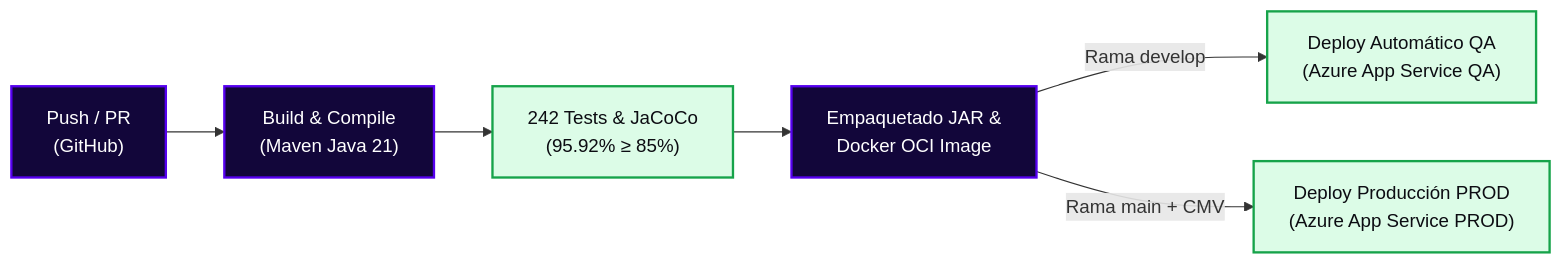
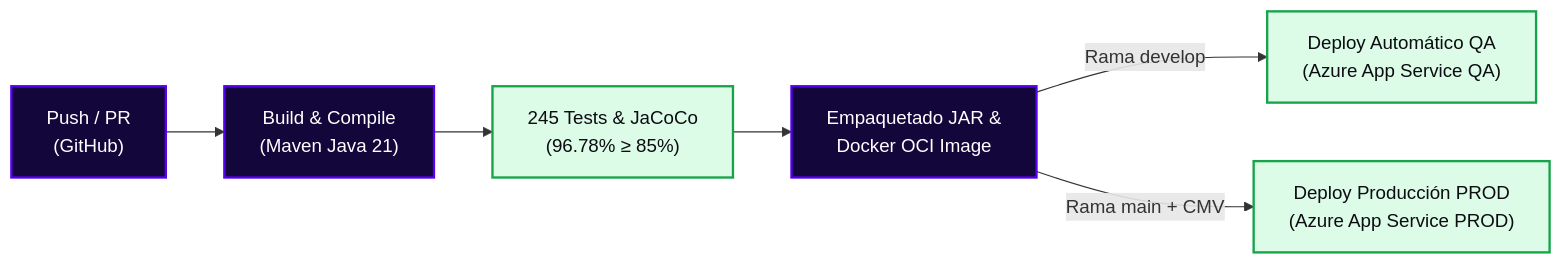
The diagram in README.md (StyleRadar1/PT8080-Donations-Service), drawn with Mermaid before and after one commit. The commit also changed other lines of this file and 1 other file, not shown here.

````diff
--- a/README.md
+++ b/README.md
@@ -518,14 +518,14 @@
 ```mermaid
 flowchart LR
     A["Push / PR<br>(GitHub)"] --> B["Build & Compile<br>(Maven Java 21)"]
-    B --> C["242 Tests & JaCoCo<br>(95.92% ≥ 85%)"]
+    B --> C["245 Tests & JaCoCo<br>(96.78% ≥ 85%)"]
     C --> D["Empaquetado JAR &<br>Docker OCI Image"]
     D -->|Rama develop| E["Deploy Automático QA<br>(Azure App Service QA)"]
     D -->|Rama main + CMV| F["Deploy Producción PROD<br>(Azure App Service PROD)"]
 
     classDef step fill:#12063A,stroke:#5600EF,stroke-width:2px,color:#FFFFFF;
     classDef pass fill:#DCFCE7,stroke:#16A34A,stroke-width:2px,color:#0C0C12;
 
     class A,B,D step;
     class C,E,F pass;
 ```
````
